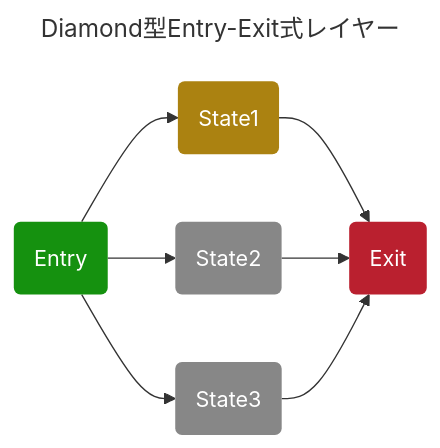
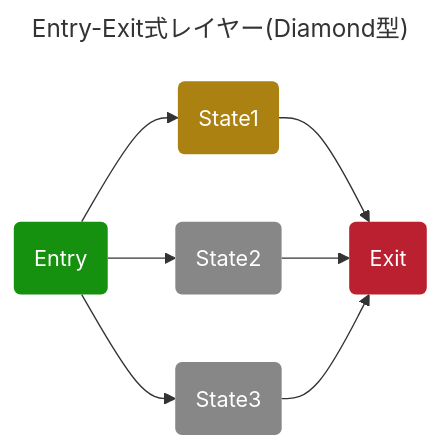
One commit to anatawa12/AvatarOptimizer changed the second of 3 diagrams in .docs/content/docs/reference/trace-and-optimize/index.ja.md. Above: the diagram before and after it, drawn with Mermaid. The commit also changed other lines of this file and 3 other files, not shown here.

````diff
--- a/.docs/content/docs/reference/trace-and-optimize/index.ja.md
+++ b/.docs/content/docs/reference/trace-and-optimize/index.ja.md
@@ -102,22 +102,22 @@
   ```mermaid
   ---
-  title: Diamond型Entry-Exit式レイヤー
+  title: Entry-Exit式レイヤー(Diamond型)
   ---
   graph LR;
         Entry(Entry);
         Entry --> State1(State1);
         Entry --> State2(State2);
         Entry --> State3(State3);
         State1 --> Exit(Exit);
         State2 --> Exit;
         State3 --> Exit;
   
   classDef default fill:#ab8211
   classDef node stroke-width:0px,color:#ffffff
   classDef state fill:#878787
   style Exit fill:#ba202f
   style Entry fill:#15910f
   class Entry,State1,State2,Exit node
   class State1 default
   class State2,State3 state
   ```
````
